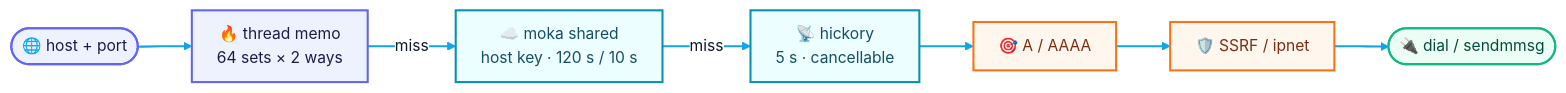
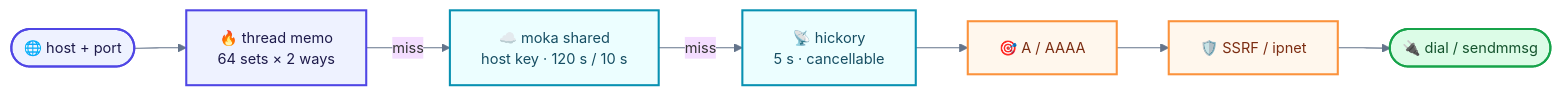
Diagram 22 of 25 in README.md (Terutoki/MyQUIC2), drawn with Mermaid before and after one commit. The commit also changed other lines of this file, not shown here.

````diff
--- a/README.md
+++ b/README.md
@@ -1013,24 +1035,23 @@
 ```mermaid
-%%{init: {"theme":"base","themeVariables":{"fontSize":"15px","primaryColor":"#eef2ff","primaryTextColor":"#0f172a","primaryBorderColor":"#6366f1","lineColor":"#94a3b8","secondaryColor":"#ecfeff","tertiaryColor":"#fff7ed","edgeLabelBackground":"#ffffff","clusterBkg":"#f8fafc","clusterBorder":"#e2e8f0","mainBkg":"#ffffff","noteBkgColor":"#eff6ff","noteBorderColor":"#93c5fd","noteTextColor":"#1e3a8a"},"flowchart":{"curve":"basis","nodeSpacing":34,"rankSpacing":52,"padding":12,"htmlLabels":true}} }%%
+%%{init: {"theme":"base","themeVariables":{"fontSize":"14px","lineColor":"#64748b"}}}%%
 flowchart LR
 Q(["🌐 host + port"]) --> TM["🔥 thread memo<br/>64 sets × 2 ways"]
     TM -->|"miss"| MK["☁️ moka shared<br/>host key · 120 s / 10 s"]
     MK -->|"miss"| H["📡 hickory<br/>5 s · cancellable"]
     H --> C["🎯 A / AAAA"]
     C --> P["🛡️ SSRF / ipnet"]
     P --> O(["🔌 dial / sendmmsg"])
     class Q,TM coreC
     class MK,H wireC
     class C,P warmC
     class O clientC
-    linkStyle 0,1,2,3,4,5 stroke:#0ea5e9,stroke-width:2px
 
-    classDef clientC fill:#ecfdf5,stroke:#10b981,stroke-width:2px,color:#064e3b
-    classDef coreC fill:#eef2ff,stroke:#6366f1,stroke-width:2px,color:#1e1b4b
+    classDef clientC fill:#dcfce7,stroke:#16a34a,stroke-width:2px,color:#14532d
+    classDef coreC fill:#eef2ff,stroke:#4f46e5,stroke-width:2px,color:#1e1b4b
     classDef wireC fill:#ecfeff,stroke:#0891b2,stroke-width:2px,color:#164e63
-    classDef warmC fill:#fff7ed,stroke:#f97316,stroke-width:2px,color:#7c2d12
+    classDef warmC fill:#fff7ed,stroke:#fb923c,stroke-width:2px,color:#7c2d12
     classDef dangerC fill:#fff1f2,stroke:#e11d48,stroke-width:2px,color:#881337
     classDef muteC fill:#f8fafc,stroke:#cbd5e1,color:#475569
-    classDef noteC fill:#f5f3ff,stroke:#8b5cf6,stroke-width:1.5px,color:#4c1d95
-    classDef decisionC fill:#fef3c7,stroke:#d97706,stroke-width:2px,color:#78350f
+    classDef noteC fill:#e0e7ff,stroke:#8b5cf6,stroke-width:1.5px,color:#312e81
+    classDef decisionC fill:#fef9c3,stroke:#eab308,stroke-width:2px,color:#713f12
 ```
````
